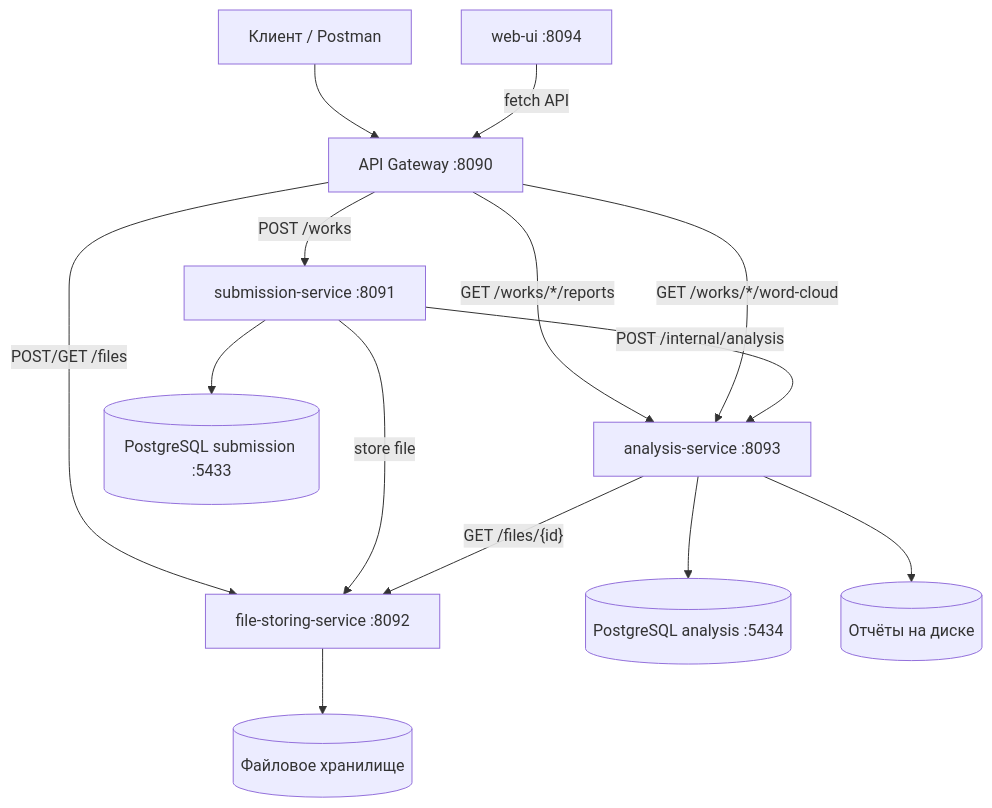
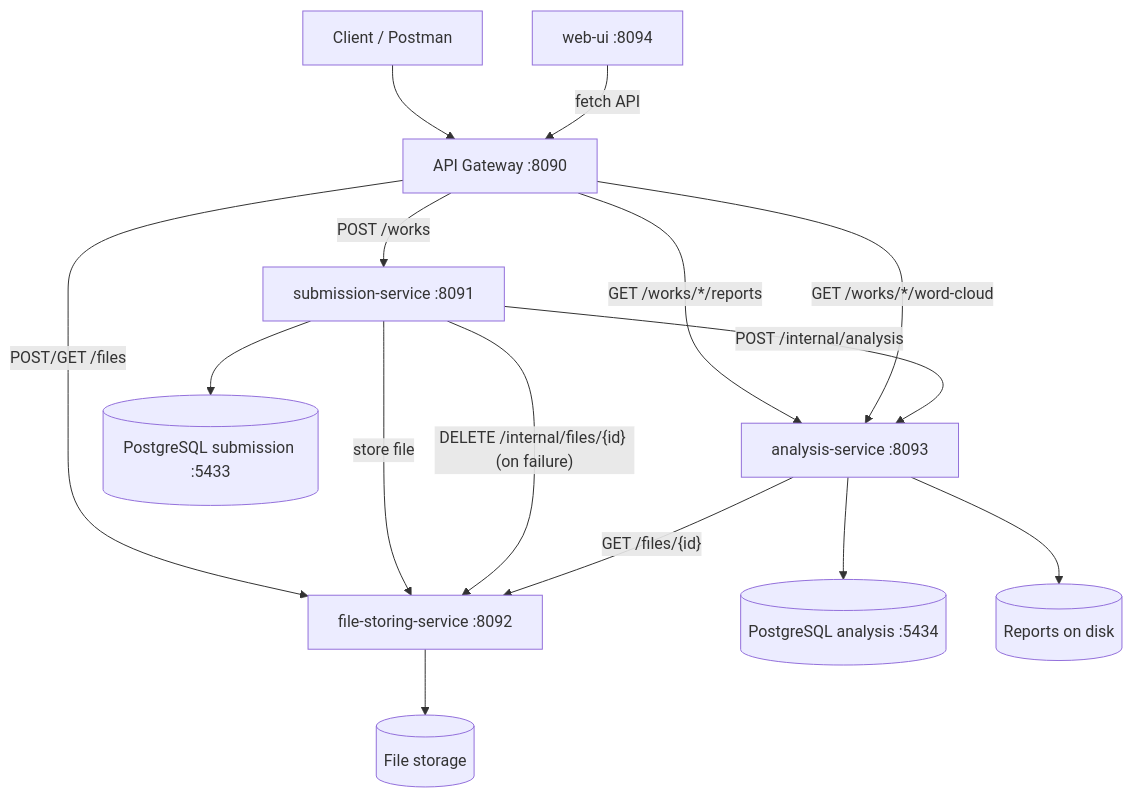
The first of 5 diagrams in README.md (KardashHleb/IS_CosmoScan), drawn with Mermaid before and after one commit. The commit also changed other lines of this file and 3 other files, not shown here.

````diff
--- a/README.md
+++ b/README.md
@@ -26,31 +28,32 @@
 ```mermaid
 flowchart TB
-    Client[Клиент / Postman]
+    Client[Client / Postman]
     UI[web-ui :8094]
     GW[API Gateway :8090]
 
     SUB[submission-service :8091]
     FS[file-storing-service :8092]
     ANA[analysis-service :8093]
 
     SUBDB[(PostgreSQL submission :5433)]
     ANADB[(PostgreSQL analysis :5434)]
-    FSDISK[(Файловое хранилище)]
-    RPTDISK[(Отчёты на диске)]
+    FSDISK[(File storage)]
+    RPTDISK[(Reports on disk)]
 
     Client --> GW
     UI -->|fetch API| GW
     GW -->|POST /works| SUB
     GW -->|GET /works/*/reports| ANA
     GW -->|GET /works/*/word-cloud| ANA
     GW -->|POST/GET /files| FS
 
     SUB --> SUBDB
     SUB -->|store file| FS
+    SUB -->|"DELETE /internal/files/{id} (on failure)"| FS
     SUB -->|POST /internal/analysis| ANA
 
     ANA --> ANADB
     ANA -->|"GET /files/{id}"| FS
     ANA --> RPTDISK
     FS --> FSDISK
 ```
````
